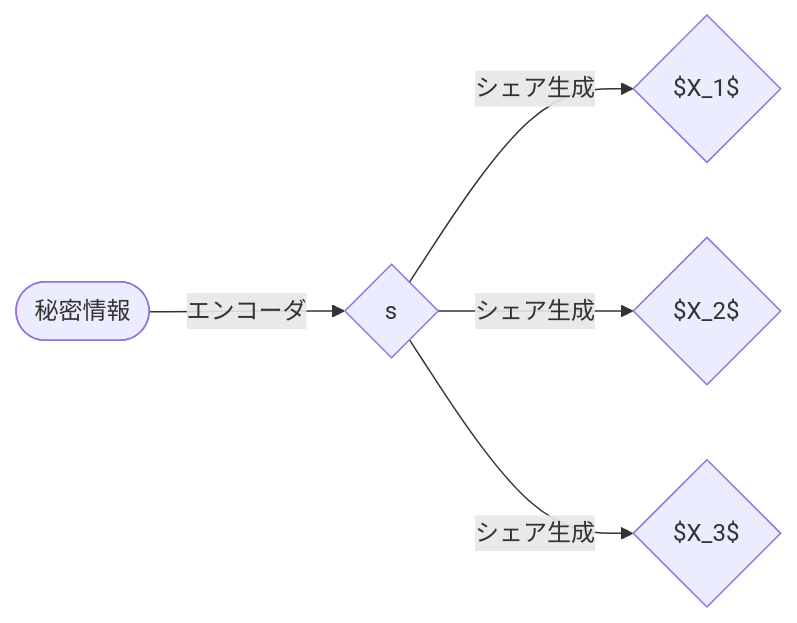
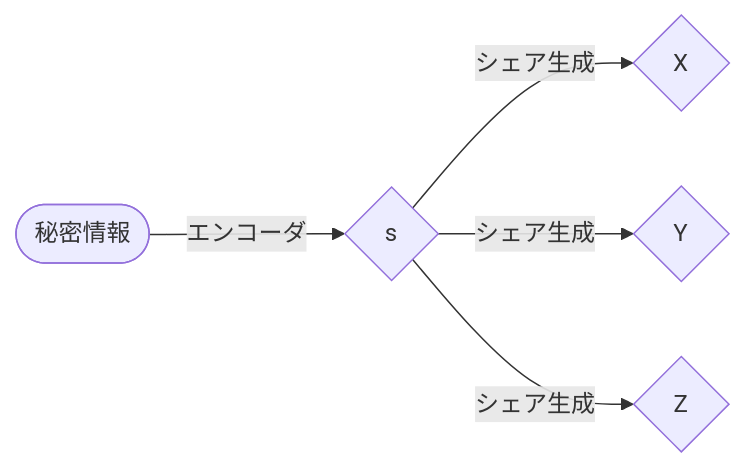
The diagram in README.md (h28a3/n-n_threshold_scheme), drawn with Mermaid before and after one commit.

````diff
--- a/README.md
+++ b/README.md
@@ -12,7 +12,7 @@
 ```mermaid
 graph LR
   Start([秘密情報])-->|エンコーダ|A{s}
-  A-->|シェア生成|B{$X_1$}
-  A-->|シェア生成|C{$X_2$}
-  A-->|シェア生成|D{$X_3$}
+  A-->|シェア生成|B{X}
+  A-->|シェア生成|C{Y}
+  A-->|シェア生成|D{Z}
 ```
````
